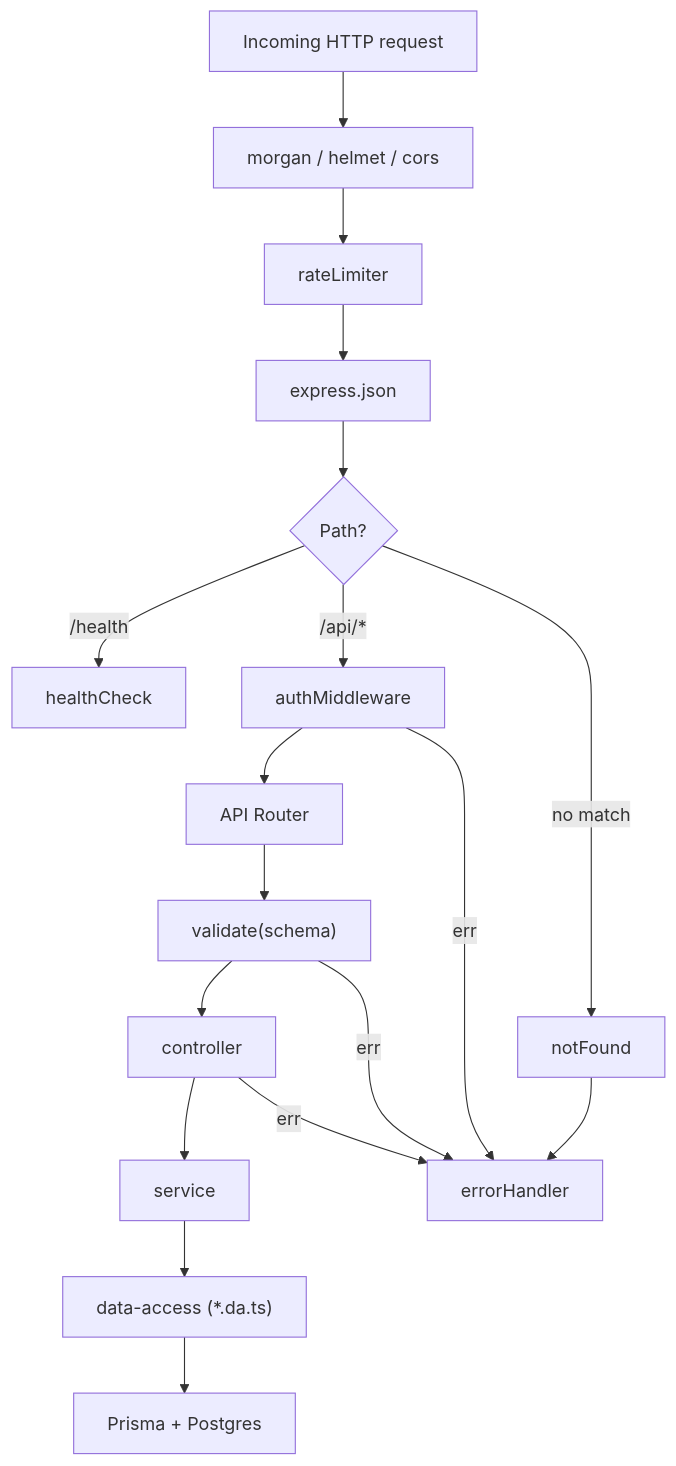
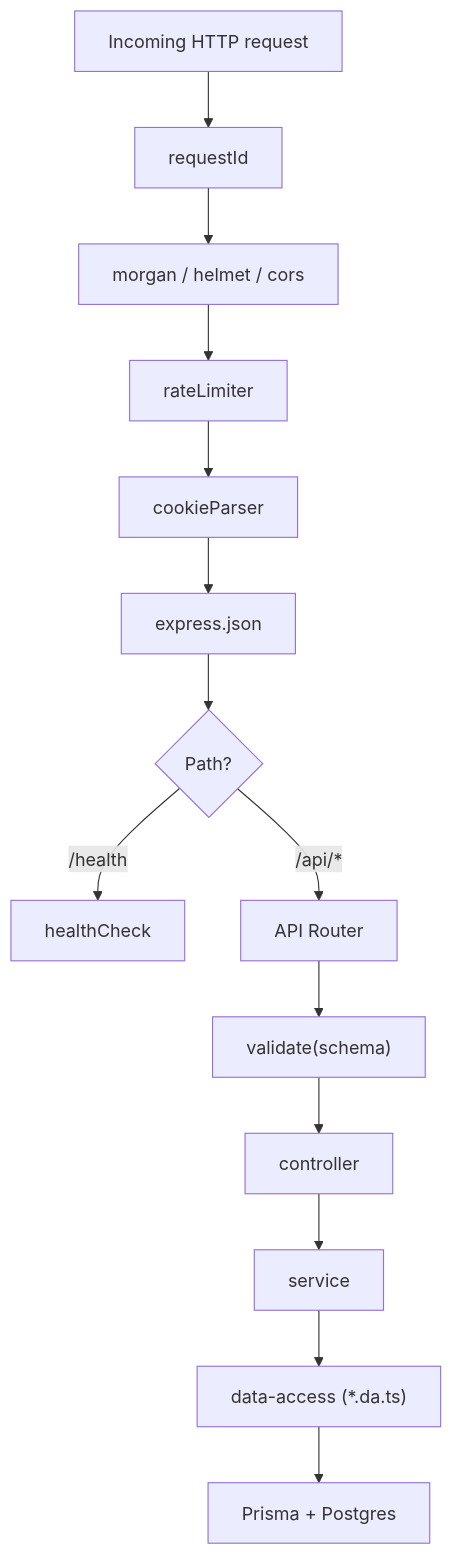
Before and after one commit to YosefHershberg/Clearance: the diagram in docs/vault/10-Architecture/Request Lifecycle.md, drawn with Mermaid. The commit also changed other lines of this file, not shown here.

Commit message:
docs(vault): request lifecycle reflects phase 0 pipeline

````diff
--- a/docs/vault/10-Architecture/Request Lifecycle.md
+++ b/docs/vault/10-Architecture/Request Lifecycle.md
@@ -27,20 +30,16 @@
 ```mermaid
 graph TD
-  Req["Incoming HTTP request"] --> Log["morgan / helmet / cors"]
+  Req["Incoming HTTP request"] --> ReqId["requestId"]
+  ReqId --> Log["morgan / helmet / cors"]
   Log --> Limit["rateLimiter"]
-  Limit --> Json["express.json"]
+  Limit --> Cookies["cookieParser"]
+  Cookies --> Json["express.json"]
   Json --> Branch{"Path?"}
   Branch -->|/health| Health["healthCheck"]
-  Branch -->|/api/*| Auth["authMiddleware"]
-  Auth --> Router["API Router"]
+  Branch -->|/api/*| Router["API Router"]
   Router --> Validate["validate(schema)"]
   Validate --> Controller["controller"]
   Controller --> Service["service"]
   Service --> DA["data-access (*.da.ts)"]
   DA --> Prisma["Prisma + Postgres"]
-  Branch -->|no match| NotFound["notFound"]
-  Auth -->|err| Err["errorHandler"]
-  Validate -->|err| Err
-  Controller -->|err| Err
-  NotFound --> Err
 ```
````
